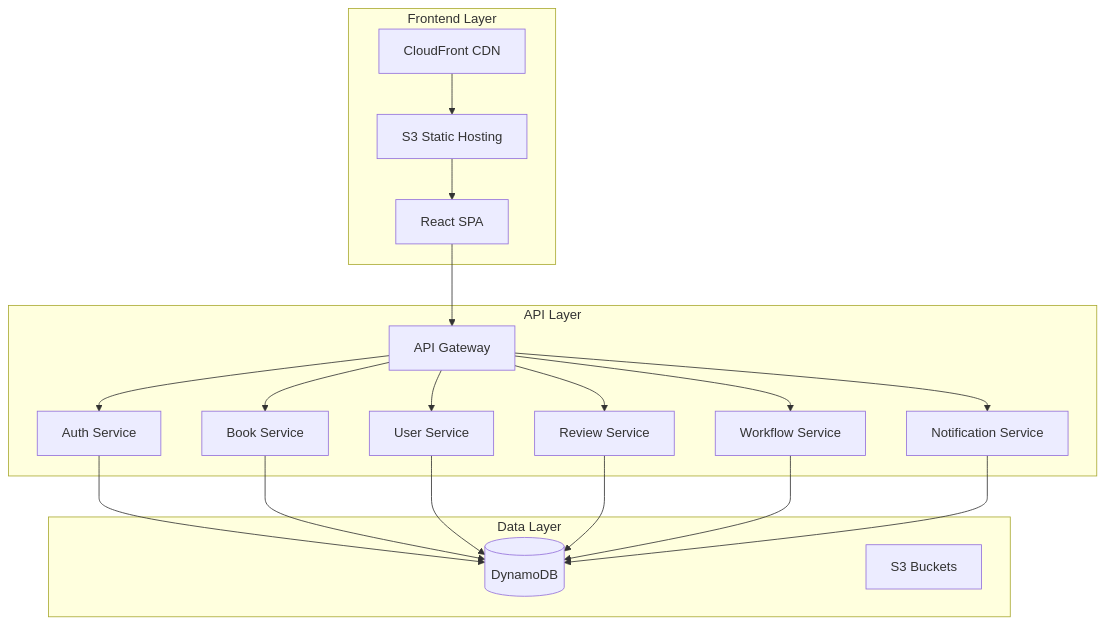
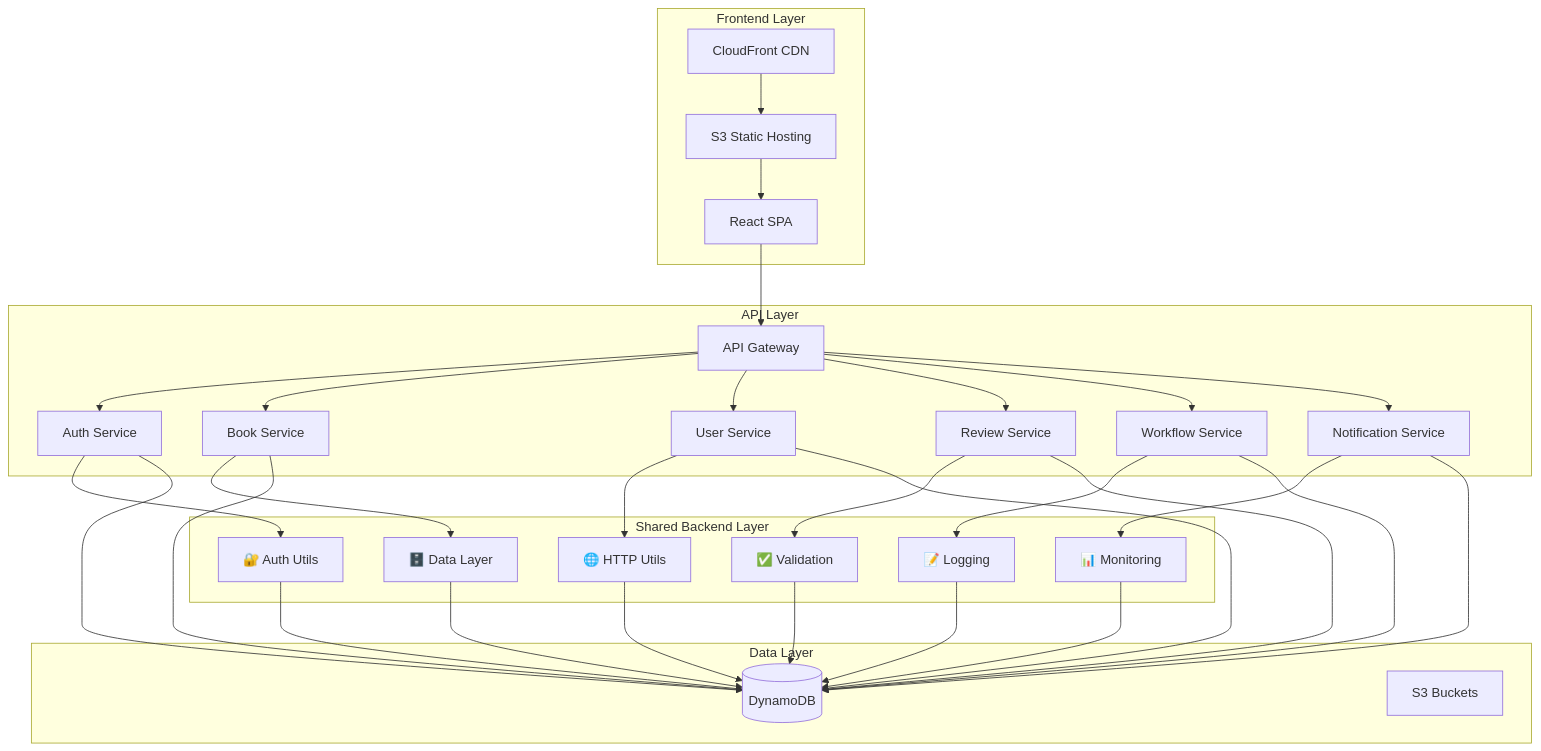
One commit to prasadguuduru/book-management changed the fifth of 6 diagrams in README.md. Above: the diagram before and after it, drawn with Mermaid. The commit also changed other lines of this file and 1 other file, not shown here.

````diff
--- a/README.md
+++ b/README.md
@@ -289,39 +289,63 @@
 ```mermaid
 graph TB
     subgraph "Frontend Layer"
         CF[CloudFront CDN]
         S3[S3 Static Hosting]
         React[React SPA]
     end
     
     subgraph "API Layer"
         AG[API Gateway]
         Auth[Auth Service]
         Books[Book Service]
         Users[User Service]
         Reviews[Review Service]
         Workflow[Workflow Service]
         Notifications[Notification Service]
     end
     
+    subgraph "Shared Backend Layer"
+        SharedAuth[🔐 Auth Utils]
+        SharedData[🗄️ Data Layer]
+        SharedHTTP[🌐 HTTP Utils]
+        SharedValidation[✅ Validation]
+        SharedLogging[📝 Logging]
+        SharedMonitoring[📊 Monitoring]
+    end
+    
     subgraph "Data Layer"
         DB[(DynamoDB)]
         S3B[S3 Buckets]
     end
     
     CF --> S3
     S3 --> React
     React --> AG
     AG --> Auth
     AG --> Books
     AG --> Users
     AG --> Reviews
     AG --> Workflow
     AG --> Notifications
+    
+    Auth --> SharedAuth
+    Books --> SharedData
+    Users --> SharedHTTP
+    Reviews --> SharedValidation
+    Workflow --> SharedLogging
+    Notifications --> SharedMonitoring
+    
+    SharedAuth --> DB
+    SharedData --> DB
+    SharedHTTP --> DB
+    SharedValidation --> DB
+    SharedLogging --> DB
+    SharedMonitoring --> DB
+    
     Auth --> DB
     Books --> DB
     Users --> DB
     Reviews --> DB
     Workflow --> DB
     Notifications --> DB
 ```
````
